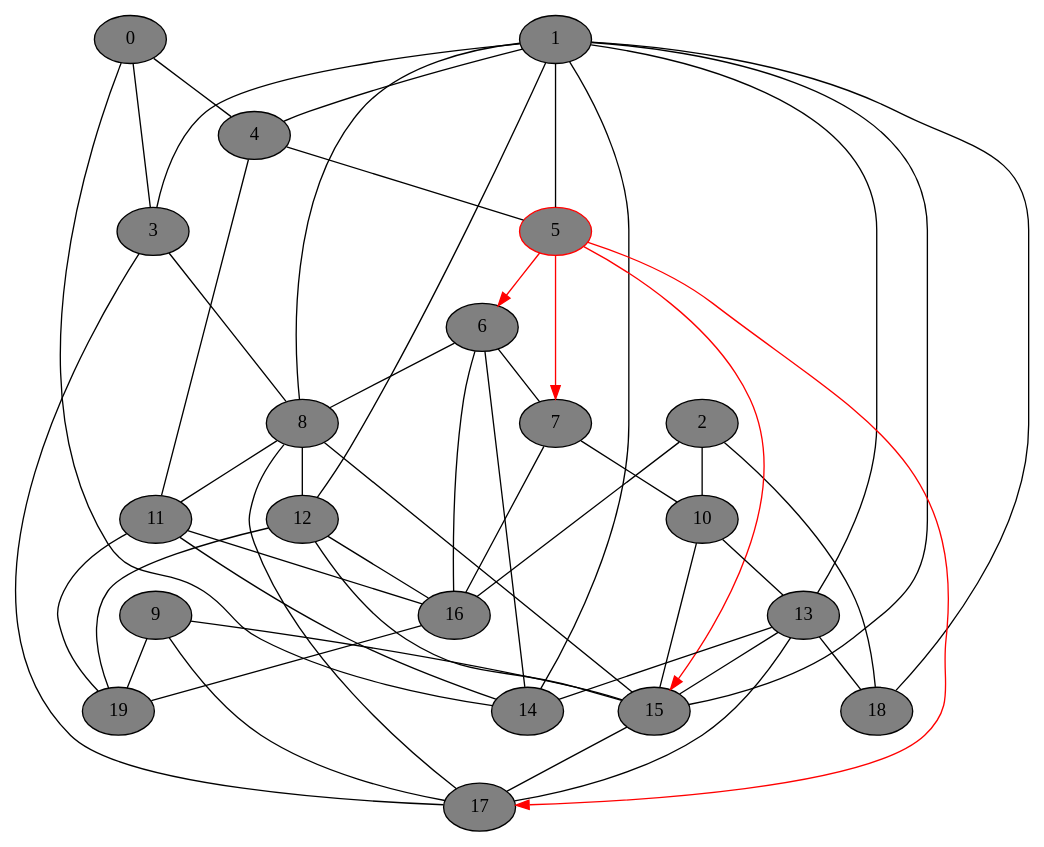
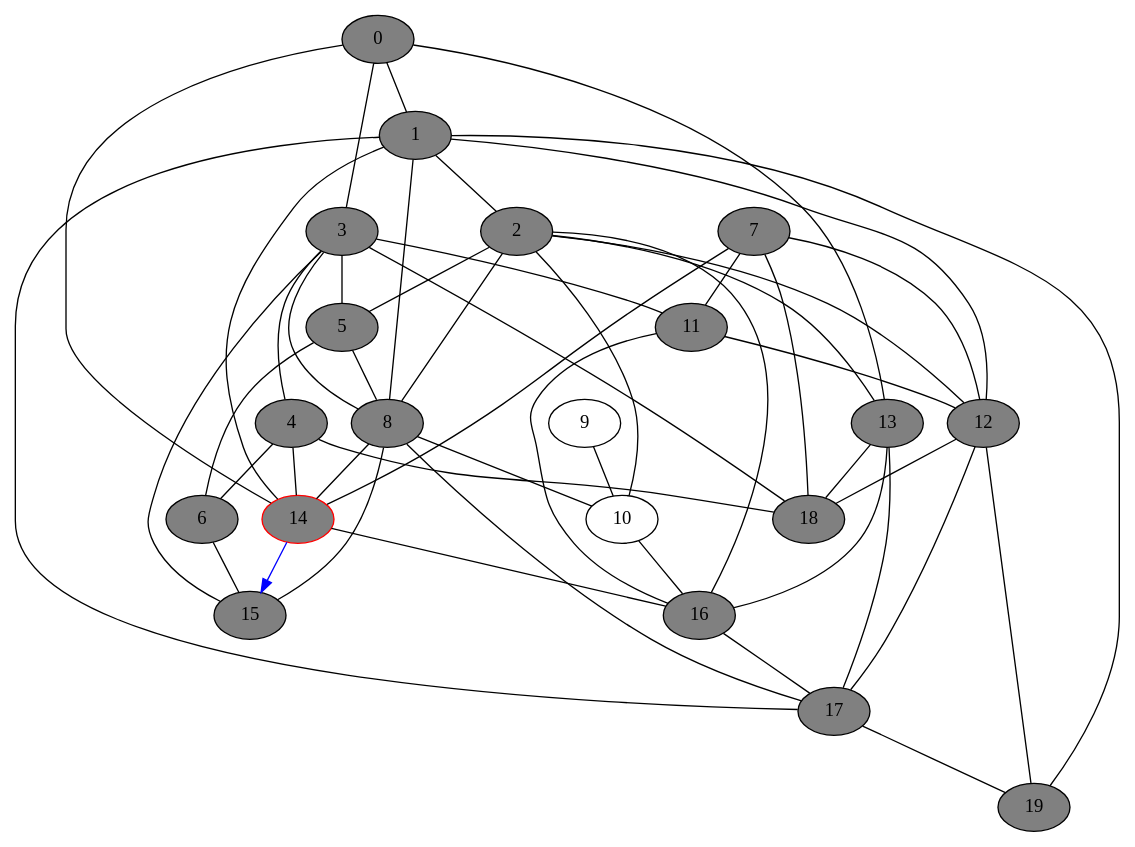
Before and after one commit to DSMishler/EBA_models: the diagram in gv_graphs/nxt0031.dot, drawn with Graphviz. The commit also changed 387 other files, not shown here.

```diff
--- a/gv_graphs/nxt0031.dot
+++ b/gv_graphs/nxt0031.dot
@@ -1,74 +1,74 @@
 // network test graph
 digraph
 {
 	0 [fillcolor=gray,style=filled,]
 	1 [fillcolor=gray,style=filled,]
 	2 [fillcolor=gray,style=filled,]
 	3 [fillcolor=gray,style=filled,]
 	4 [fillcolor=gray,style=filled,]
-	5 [fillcolor=gray,style=filled,color=red,]
+	5 [fillcolor=gray,style=filled,]
 	6 [fillcolor=gray,style=filled,]
 	7 [fillcolor=gray,style=filled,]
 	8 [fillcolor=gray,style=filled,]
-	9 [fillcolor=gray,style=filled,]
-	10 [fillcolor=gray,style=filled,]
+	9 []
+	10 []
 	11 [fillcolor=gray,style=filled,]
 	12 [fillcolor=gray,style=filled,]
 	13 [fillcolor=gray,style=filled,]
-	14 [fillcolor=gray,style=filled,]
+	14 [fillcolor=gray,style=filled,color=red,]
 	15 [fillcolor=gray,style=filled,]
 	16 [fillcolor=gray,style=filled,]
 	17 [fillcolor=gray,style=filled,]
 	18 [fillcolor=gray,style=filled,]
 	19 [fillcolor=gray,style=filled,]
+	0 -> 1 [dir=none]
 	0 -> 3 [dir=none]
-	0 -> 4 [dir=none]
+	0 -> 13 [dir=none]
 	0 -> 14 [dir=none]
-	1 -> 3 [dir=none]
-	1 -> 4 [dir=none]
-	1 -> 5 [dir=none]
+	1 -> 2 [dir=none]
 	1 -> 8 [dir=none]
 	1 -> 12 [dir=none]
-	1 -> 13 [dir=none]
 	1 -> 14 [dir=none]
-	1 -> 15 [dir=none]
-	1 -> 18 [dir=none]
+	1 -> 17 [dir=none]
+	1 -> 19 [dir=none]
+	2 -> 5 [dir=none]
+	2 -> 8 [dir=none]
 	2 -> 10 [dir=none]
+	2 -> 12 [dir=none]
+	2 -> 13 [dir=none]
 	2 -> 16 [dir=none]
-	2 -> 18 [dir=none]
+	3 -> 4 [dir=none]
+	3 -> 5 [dir=none]
 	3 -> 8 [dir=none]
-	3 -> 17 [dir=none]
-	4 -> 5 [dir=none]
-	4 -> 11 [dir=none]
-	5 -> 6 [dir=forward,color=red,]
-	5 -> 7 [dir=forward,color=red,]
-	5 -> 15 [dir=forward,color=red,]
-	5 -> 17 [dir=forward,color=red,]
-	6 -> 7 [dir=none]
-	6 -> 8 [dir=none]
-	6 -> 14 [dir=none]
-	6 -> 16 [dir=none]
-	7 -> 10 [dir=none]
-	7 -> 16 [dir=none]
-	8 -> 11 [dir=none]
-	8 -> 12 [dir=none]
+	3 -> 11 [dir=none]
+	3 -> 15 [dir=none]
+	3 -> 18 [dir=none]
+	4 -> 6 [dir=none]
+	4 -> 14 [dir=none]
+	4 -> 18 [dir=none]
+	5 -> 6 [dir=none]
+	5 -> 8 [dir=none]
+	6 -> 15 [dir=none]
+	7 -> 11 [dir=none]
+	7 -> 12 [dir=none]
+	7 -> 14 [dir=none]
+	7 -> 18 [dir=none]
+	8 -> 10 [dir=none]
+	8 -> 14 [dir=none]
 	8 -> 15 [dir=none]
 	8 -> 17 [dir=none]
-	9 -> 15 [dir=none]
-	9 -> 17 [dir=none]
-	9 -> 19 [dir=none]
-	10 -> 13 [dir=none]
-	10 -> 15 [dir=none]
-	11 -> 14 [dir=none]
+	9 -> 10 [dir=none]
+	10 -> 16 [dir=none]
+	11 -> 12 [dir=none]
 	11 -> 16 [dir=none]
-	11 -> 19 [dir=none]
-	12 -> 15 [dir=none]
-	12 -> 16 [dir=none]
+	12 -> 17 [dir=none]
+	12 -> 18 [dir=none]
 	12 -> 19 [dir=none]
-	13 -> 14 [dir=none]
-	13 -> 15 [dir=none]
+	13 -> 16 [dir=none]
 	13 -> 17 [dir=none]
 	13 -> 18 [dir=none]
-	15 -> 17 [dir=none]
-	16 -> 19 [dir=none]
+	14 -> 15 [dir=forward,color=blue,]
+	14 -> 16 [dir=none]
+	16 -> 17 [dir=none]
+	17 -> 19 [dir=none]
 }
```
